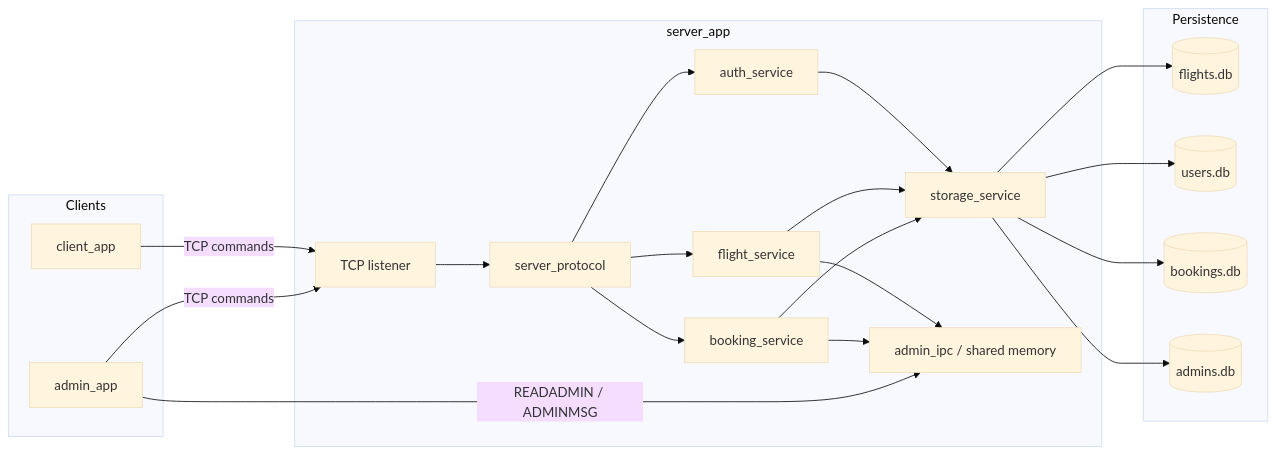
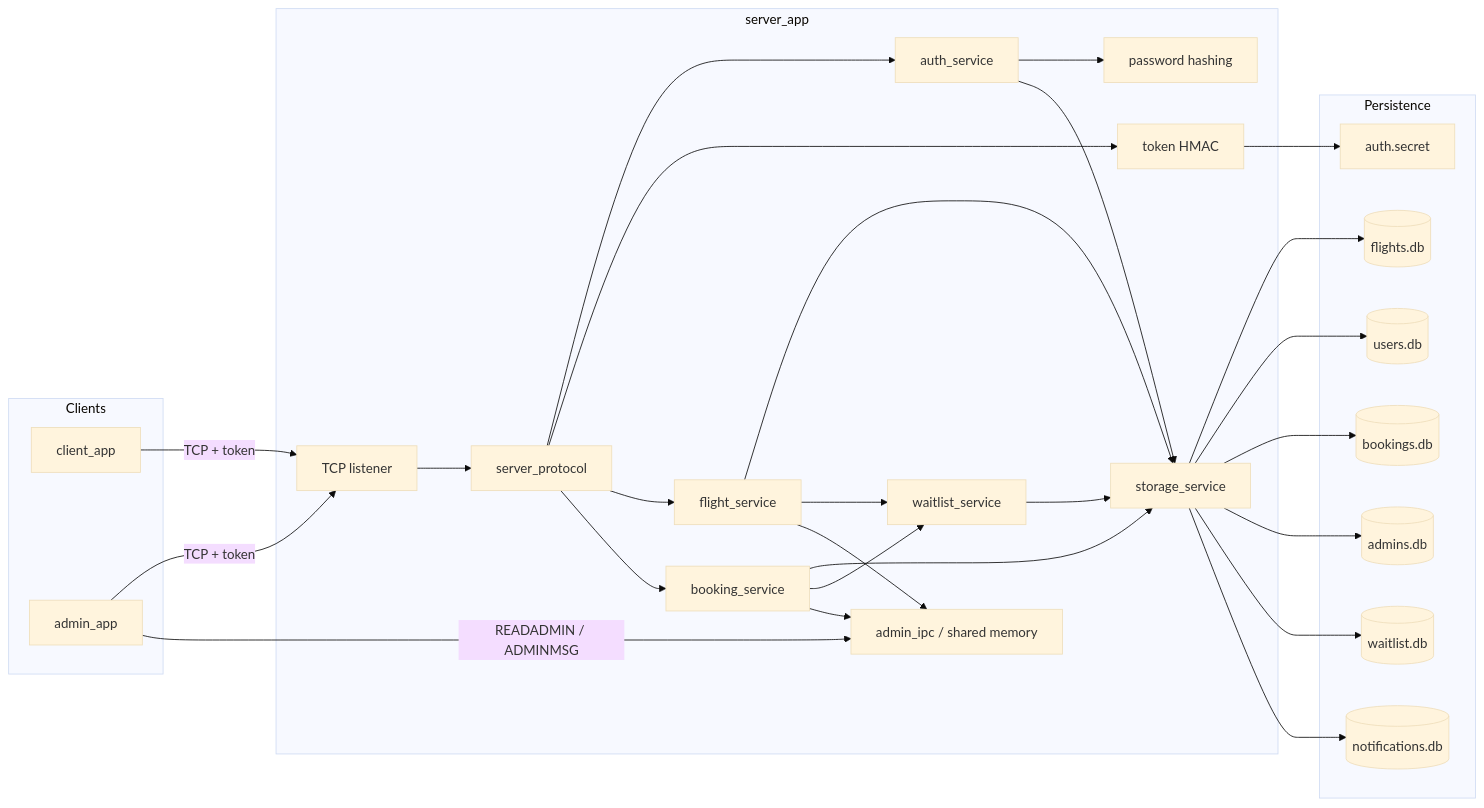
One commit to GouravN97/Flight_Booking_System changed the first of 2 diagrams in README.md. Above: the diagram before and after it, drawn with Mermaid (base theme). The commit also changed other lines of this file and 41 other files, not shown here.

Commit message:
Added stateless auth, password encryption and an API for frontend

````diff
--- a/README.md
+++ b/README.md
@@ -78,41 +80,55 @@
 ```mermaid
 flowchart LR
     subgraph clients [Clients]
         CA[client_app]
         AA[admin_app]
     end
 
     subgraph server [server_app]
         TCP[TCP listener]
         PROTO[server_protocol]
         AUTH[auth_service]
+        HASH[password hashing]
+        TOK[token HMAC]
         FLIGHT[flight_service]
         BOOK[booking_service]
+        WAIT[waitlist_service]
         STORE[storage_service]
         IPC[admin_ipc / shared memory]
     end
 
     subgraph disk [Persistence]
         FDB[(flights.db)]
         UDB[(users.db)]
         BDB[(bookings.db)]
         ADB[(admins.db)]
+        WDB[(waitlist.db)]
+        NDB[(notifications.db)]
+        SEC[auth.secret]
     end
 
-    CA -->|TCP commands| TCP
-    AA -->|TCP commands| TCP
+    CA -->|TCP + token| TCP
+    AA -->|TCP + token| TCP
     TCP --> PROTO
     PROTO --> AUTH
+    PROTO --> TOK
     PROTO --> FLIGHT
     PROTO --> BOOK
+    AUTH --> HASH
     AUTH --> STORE
     FLIGHT --> STORE
     BOOK --> STORE
+    BOOK --> WAIT
+    FLIGHT --> WAIT
+    WAIT --> STORE
+    TOK --> SEC
     FLIGHT --> IPC
     BOOK --> IPC
     STORE --> FDB
     STORE --> UDB
     STORE --> BDB
     STORE --> ADB
+    STORE --> WDB
+    STORE --> NDB
     AA -->|READADMIN / ADMINMSG| IPC
 ```
````
